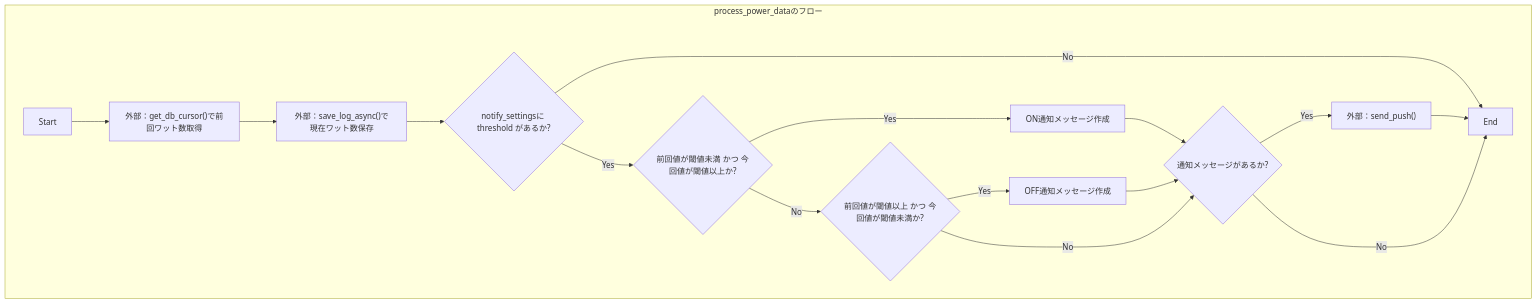
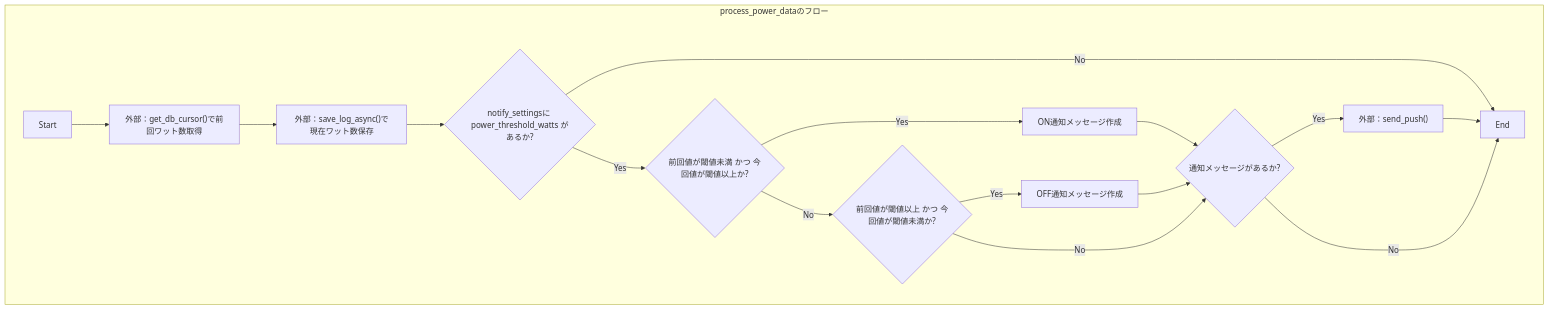
One commit to mmtigers/my_python_project changed the second of 3 diagrams in docs/specifications/MY_HOME_SYSTEM/sensor_service.md. Above: the diagram before and after it, drawn with Mermaid. The commit also changed other lines of this file and 1 other file, not shown here.

Commit message:
docs(specifications): resolve gameHelpers.js orphan and refresh sensor_service.md drift
- gameHelpers.js was deleted as dead code (commit ae7a3fa); mark its spec
  as a deprecation notice following the LevelUpModal.md convention.
- Refresh sensor_service.md to match recent source changes.

````diff
--- a/docs/specifications/MY_HOME_SYSTEM/sensor_service.md
+++ b/docs/specifications/MY_HOME_SYSTEM/sensor_service.md
@@ -219,21 +219,21 @@
 ```mermaid
 flowchart TD
   subgraph process_power_data_flow [process_power_dataのフロー]
     P1[Start] --> P2["外部：get_db_cursor()で前回ワット数取得"]
     P2 --> P3["外部：save_log_async()で現在ワット数保存"]
-    P3 --> P4{"notify_settingsに threshold があるか?"}
+    P3 --> P4{"notify_settingsに power_threshold_watts があるか?"}
     P4 -- No --> P9[End]
     P4 -- Yes --> P5{"前回値が閾値未満 かつ 今回値が閾値以上か?"}
     P5 -- Yes --> P6["ON通知メッセージ作成"]
     P5 -- No --> P7{"前回値が閾値以上 かつ 今回値が閾値未満か?"}
     P7 -- Yes --> P8["OFF通知メッセージ作成"]
     P7 -- No --> P10{"通知メッセージがあるか?"}
 
     P6 --> P10
     P8 --> P10
     P10 -- Yes --> P11["外部：send_push()"]
     P10 -- No --> P9
     P11 --> P9
   end
 
 ```
````
